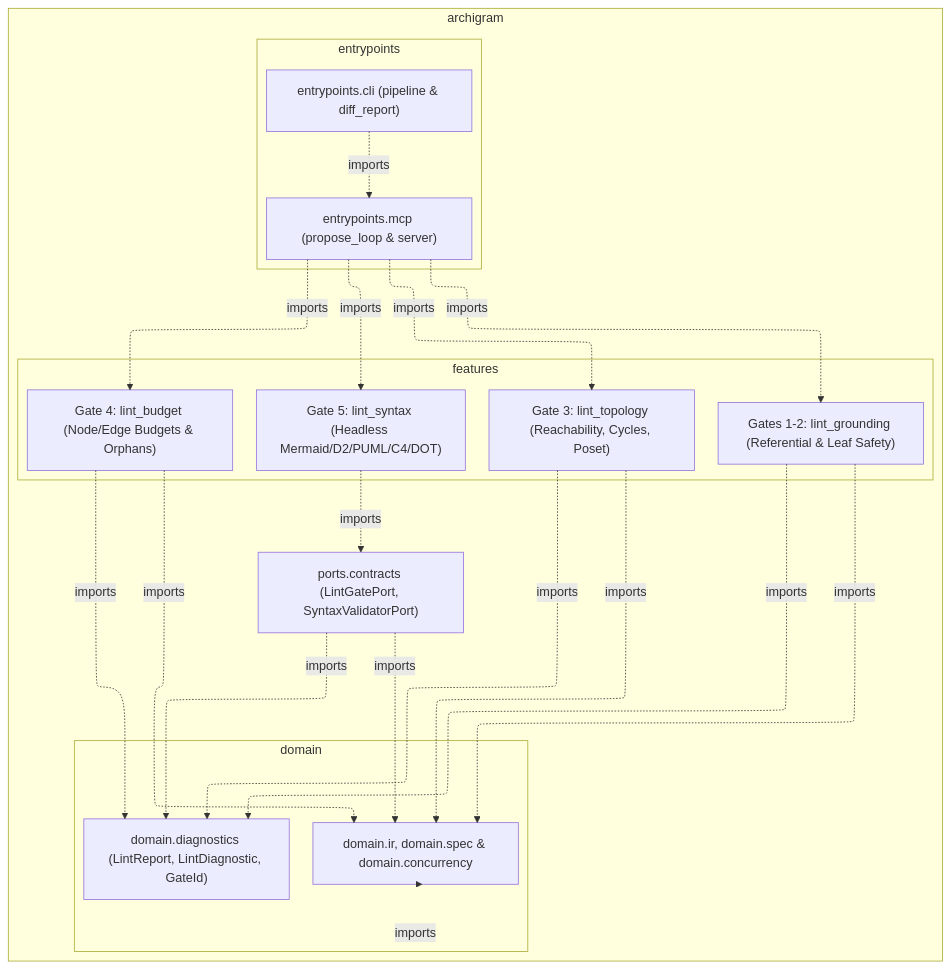
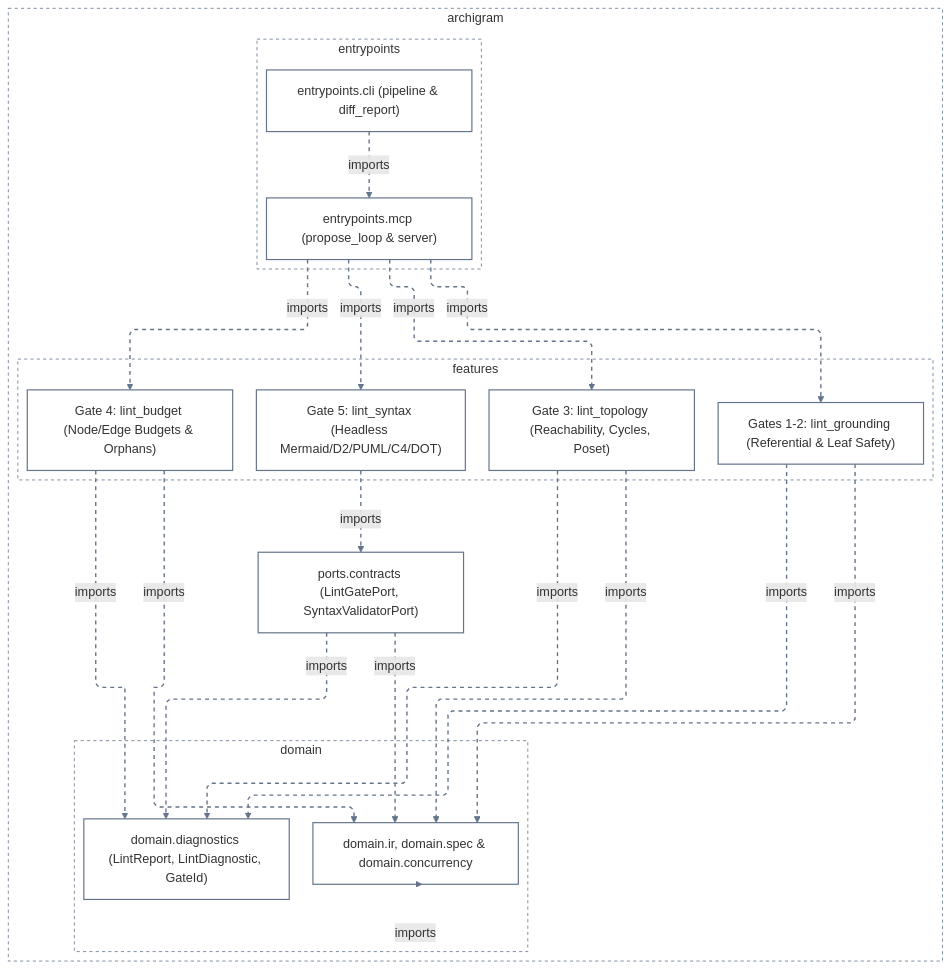
Before and after one commit to klcd/archigram: the diagram in docs/architecture/diagrams/l2c_five_gate_linter_mermaid.mmd, drawn with Mermaid. The commit also changed 58 other files, not shown here.

```diff
--- a/docs/architecture/diagrams/l2c_five_gate_linter_mermaid.mmd
+++ b/docs/architecture/diagrams/l2c_five_gate_linter_mermaid.mmd
@@ -1,37 +1,72 @@
 ---
 config:
   layout: elk
+  look: classic
+  elk:
+    mergeEdges: false
+    nodePlacementStrategy: BRANDES_KOEPF
+  flowchart:
+    curve: linear
+  themeVariables:
+    primaryColor: transparent
+    secondaryColor: transparent
+    tertiaryColor: transparent
+    mainBkg: transparent
+    nodeBorder: '#64748b'
+    clusterBkg: transparent
+    clusterBorder: '#64748b'
+    lineColor: '#64748b'
 ---
 flowchart TD
+  classDef default fill:transparent,stroke:#64748b,stroke-width:1.5px
   subgraph n_0_archigram_983b03["archigram"]
     subgraph n_1_archigram_domain_6f6ac3["domain"]
       n_5_domain_diagnosti_fc27fb["domain.diagnostics (LintReport, LintDiagnostic, GateId)"]
       n_6_domain_ir_spec_p_0383ff["domain.ir, domain.spec & domain.concurrency"]
     end
     subgraph n_2_archigram_entryp_6a8ce0["entrypoints"]
       n_4_cli_pipeline_run_774c88["entrypoints.cli (pipeline & diff_report)"]
       n_11_mcp_repair_loop_f2e883["entrypoints.mcp (propose_loop & server)"]
     end
     subgraph n_3_archigram_featur_e6f01e["features"]
       n_7_gate_1_2_groundi_256693["Gates 1-2: lint_grounding (Referential & Leaf Safety)"]
       n_8_gate_3_topology_b45c48["Gate 3: lint_topology (Reachability, Cycles, Poset)"]
       n_9_gate_4_budget_6e89c3["Gate 4: lint_budget (Node/Edge Budgets & Orphans)"]
       n_10_gate_5_syntax_76244e["Gate 5: lint_syntax (Headless Mermaid/D2/PUML/C4/DOT)"]
     end
     n_12_ports_contracts_d0accd["ports.contracts (LintGatePort, SyntaxValidatorPort)"]
   end
+  style n_0_archigram_983b03 fill:transparent,stroke:#64748b,stroke-width:1px,stroke-dasharray:4 4
+  style n_1_archigram_domain_6f6ac3 fill:transparent,stroke:#64748b,stroke-width:1px,stroke-dasharray:4 4
+  style n_2_archigram_entryp_6a8ce0 fill:transparent,stroke:#64748b,stroke-width:1px,stroke-dasharray:4 4
+  style n_3_archigram_featur_e6f01e fill:transparent,stroke:#64748b,stroke-width:1px,stroke-dasharray:4 4
   n_9_gate_4_budget_6e89c3 -.->|"imports"| n_5_domain_diagnosti_fc27fb
   n_8_gate_3_topology_b45c48 -.->|"imports"| n_5_domain_diagnosti_fc27fb
   n_7_gate_1_2_groundi_256693 -.->|"imports"| n_5_domain_diagnosti_fc27fb
   n_6_domain_ir_spec_p_0383ff -.->|"imports"| n_1_archigram_domain_6f6ac3
   n_8_gate_3_topology_b45c48 -.->|"imports"| n_6_domain_ir_spec_p_0383ff
   n_7_gate_1_2_groundi_256693 -.->|"imports"| n_6_domain_ir_spec_p_0383ff
   n_12_ports_contracts_d0accd -.->|"imports"| n_6_domain_ir_spec_p_0383ff
   n_9_gate_4_budget_6e89c3 -.->|"imports"| n_6_domain_ir_spec_p_0383ff
   n_11_mcp_repair_loop_f2e883 -.->|"imports"| n_7_gate_1_2_groundi_256693
   n_11_mcp_repair_loop_f2e883 -.->|"imports"| n_8_gate_3_topology_b45c48
   n_11_mcp_repair_loop_f2e883 -.->|"imports"| n_9_gate_4_budget_6e89c3
   n_11_mcp_repair_loop_f2e883 -.->|"imports"| n_10_gate_5_syntax_76244e
   n_4_cli_pipeline_run_774c88 -.->|"imports"| n_11_mcp_repair_loop_f2e883
   n_12_ports_contracts_d0accd -.->|"imports"| n_5_domain_diagnosti_fc27fb
   n_10_gate_5_syntax_76244e -.->|"imports"| n_12_ports_contracts_d0accd
+  linkStyle 0 stroke:#64748b,stroke-width:1.75px,stroke-dasharray:5 5
+  linkStyle 1 stroke:#64748b,stroke-width:1.75px,stroke-dasharray:5 5
+  linkStyle 2 stroke:#64748b,stroke-width:1.75px,stroke-dasharray:5 5
+  linkStyle 3 stroke:#64748b,stroke-width:1.75px,stroke-dasharray:5 5
+  linkStyle 4 stroke:#64748b,stroke-width:1.75px,stroke-dasharray:5 5
+  linkStyle 5 stroke:#64748b,stroke-width:1.75px,stroke-dasharray:5 5
+  linkStyle 6 stroke:#64748b,stroke-width:1.75px,stroke-dasharray:5 5
+  linkStyle 7 stroke:#64748b,stroke-width:1.75px,stroke-dasharray:5 5
+  linkStyle 8 stroke:#64748b,stroke-width:1.75px,stroke-dasharray:5 5
+  linkStyle 9 stroke:#64748b,stroke-width:1.75px,stroke-dasharray:5 5
+  linkStyle 10 stroke:#64748b,stroke-width:1.75px,stroke-dasharray:5 5
+  linkStyle 11 stroke:#64748b,stroke-width:1.75px,stroke-dasharray:5 5
+  linkStyle 12 stroke:#64748b,stroke-width:1.75px,stroke-dasharray:5 5
+  linkStyle 13 stroke:#64748b,stroke-width:1.75px,stroke-dasharray:5 5
+  linkStyle 14 stroke:#64748b,stroke-width:1.75px,stroke-dasharray:5 5
```
